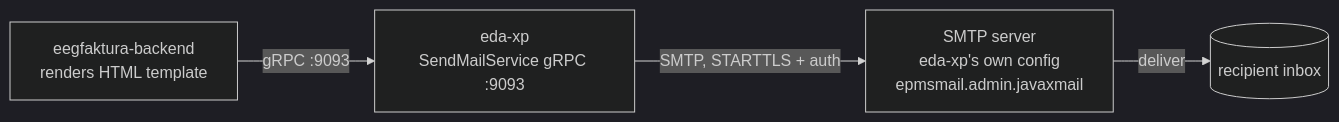
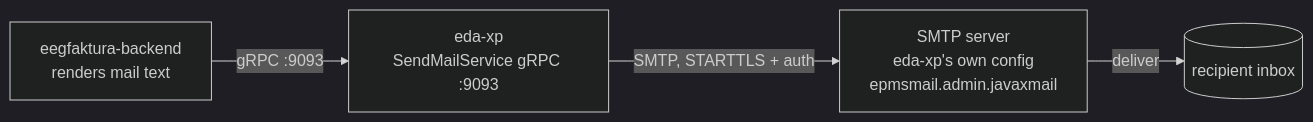
One commit to eegfaktura/eegfaktura-docs changed the diagram in docs/architecture/email.md. Above: the diagram before and after it, drawn with Mermaid (dark theme). The commit also changed other lines of this file and 16 other files, not shown here.

````diff
--- a/docs/architecture/email.md
+++ b/docs/architecture/email.md
@@ -13,8 +13,8 @@
 ```mermaid
 flowchart LR
-    BE[eegfaktura-backend<br/>renders HTML template]
+    BE[eegfaktura-backend<br/>renders mail text]
     XP[eda-xp<br/>SendMailService gRPC :9093]
     MB[SMTP server<br/>eda-xp's own config<br/>epmsmail.admin.javaxmail]
     INBOX[(recipient inbox)]
     BE -->|gRPC :9093| XP -->|SMTP, STARTTLS + auth| MB -->|deliver| INBOX
 ```
````
